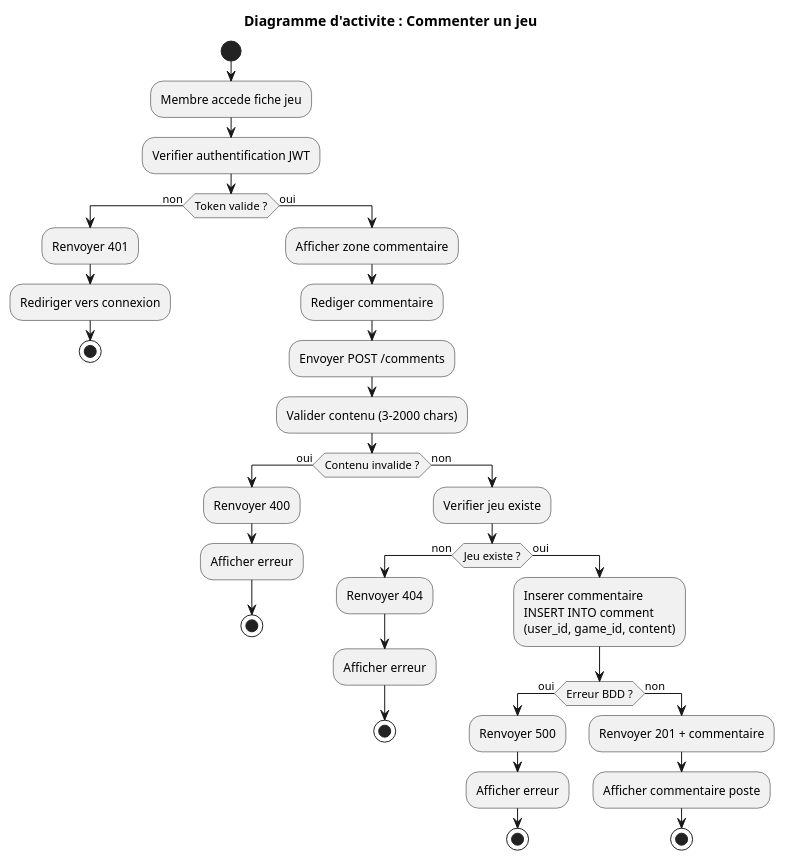
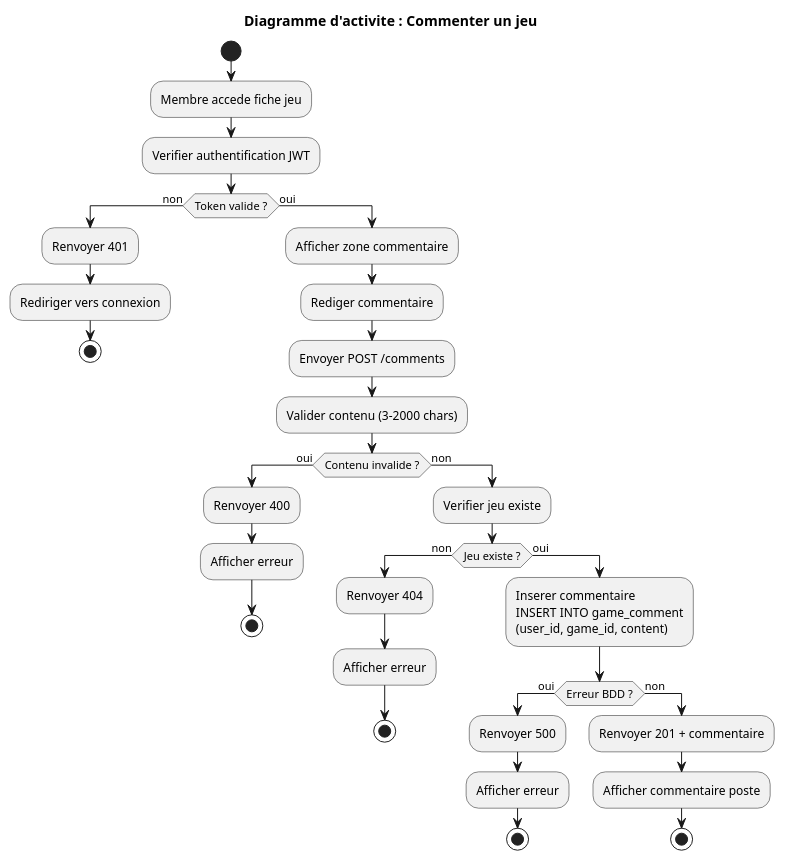
The diagram in uml/activity/comment-game.puml (Zodiarche/MyGameList), drawn with PlantUML before and after one commit. The commit also changed 52 other files, not shown here.

Commit message:
Ajout de tests BDD + ajustements des diagrammes selon le MPD

```diff
--- a/uml/activity/comment-game.puml
+++ b/uml/activity/comment-game.puml
@@ -1,50 +1,50 @@
 @startuml Activity_CommenterJeu
 title Diagramme d'activite : Commenter un jeu
 
 start
 
 :Membre accede fiche jeu;
 
 :Verifier authentification JWT;
 
 if (Token valide ?) then (non)
   :Renvoyer 401;
   :Rediriger vers connexion;
   stop
 else (oui)
   :Afficher zone commentaire;
-  
+
   :Rediger commentaire;
-  
+
   :Envoyer POST /comments;
-  
+
   :Valider contenu (3-2000 chars);
-  
+
   if (Contenu invalide ?) then (oui)
     :Renvoyer 400;
     :Afficher erreur;
     stop
   else (non)
     :Verifier jeu existe;
-    
+
     if (Jeu existe ?) then (non)
       :Renvoyer 404;
       :Afficher erreur;
       stop
     else (oui)
-      :Inserer commentaire\nINSERT INTO comment\n(user_id, game_id, content);
-      
+      :Inserer commentaire\nINSERT INTO game_comment\n(user_id, game_id, content);
+
       if (Erreur BDD ?) then (oui)
         :Renvoyer 500;
         :Afficher erreur;
         stop
       else (non)
         :Renvoyer 201 + commentaire;
         :Afficher commentaire poste;
         stop
       endif
     endif
   endif
 endif
 
 @enduml
```
